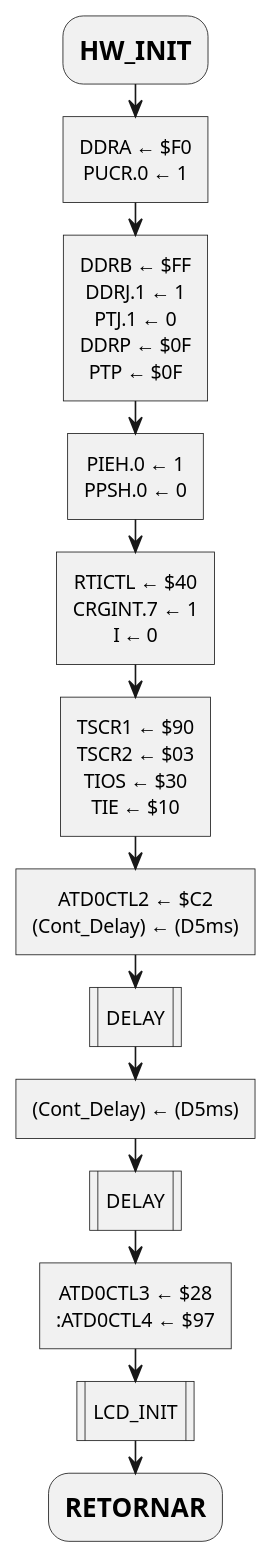
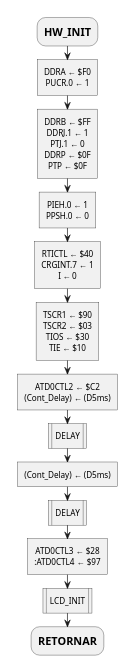
One commit to mlndz28/pr-623 changed the first of 23 diagrams in report.md. Above: the diagram before and after it, drawn with PlantUML. The commit also changed other lines of this file and 4 other files, not shown here.

Commit message:
docs: Parameters and diagrams

````diff
--- a/report.md
+++ b/report.md
@@ -93,32 +110,34 @@
-```plantuml
+```{ .plantuml style="margin-left: auto; margin-right: auto;"}
 @startuml
+scale max 400 height
 skinparam monochrome true
 skinparam defaultTextAlignment center
 
 :=HW_INIT;
 :DDRA ← $F0
 PUCR.0 ← 1]
 :DDRB ← $FF
 DDRJ.1 ← 1
 PTJ.1 ← 0
 DDRP ← $0F
 PTP ← $0F]
 :PIEH.0 ← 1
 PPSH.0 ← 0]
 :RTICTL ← $40
 CRGINT.7 ← 1
 I ← 0]
 :TSCR1 ← $90
 TSCR2 ← $03
 TIOS ← $30
 TIE ← $10]
 :ATD0CTL2 ← $C2
 (Cont_Delay) ← (D5ms)]
 :DELAY|
 :(Cont_Delay) ← (D5ms)]
 :DELAY|
 :ATD0CTL3 ← $28
 :ATD0CTL4 ← $97]
 :LCD_INIT|
 :=RETORNAR;
+@enduml
 ```
````
